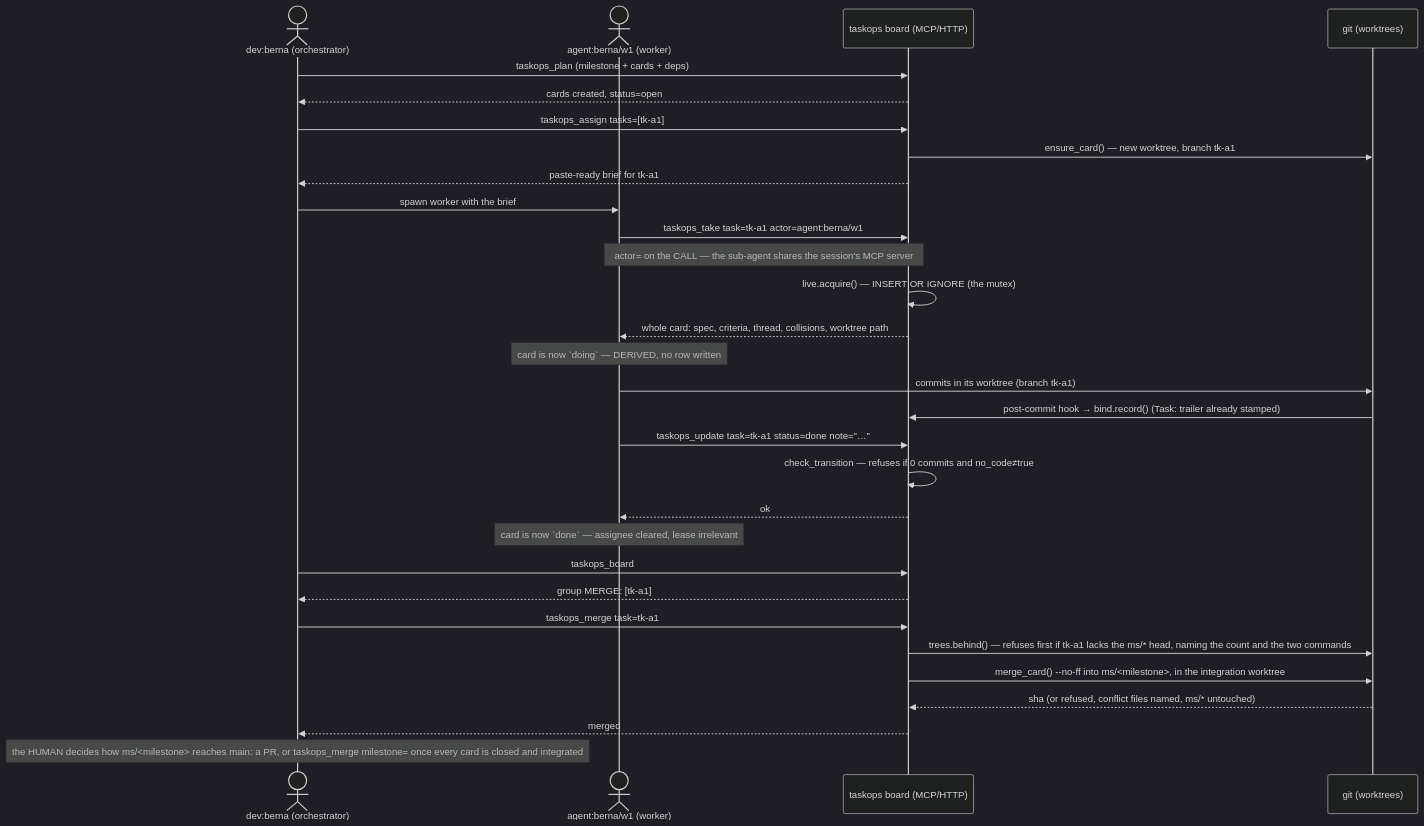
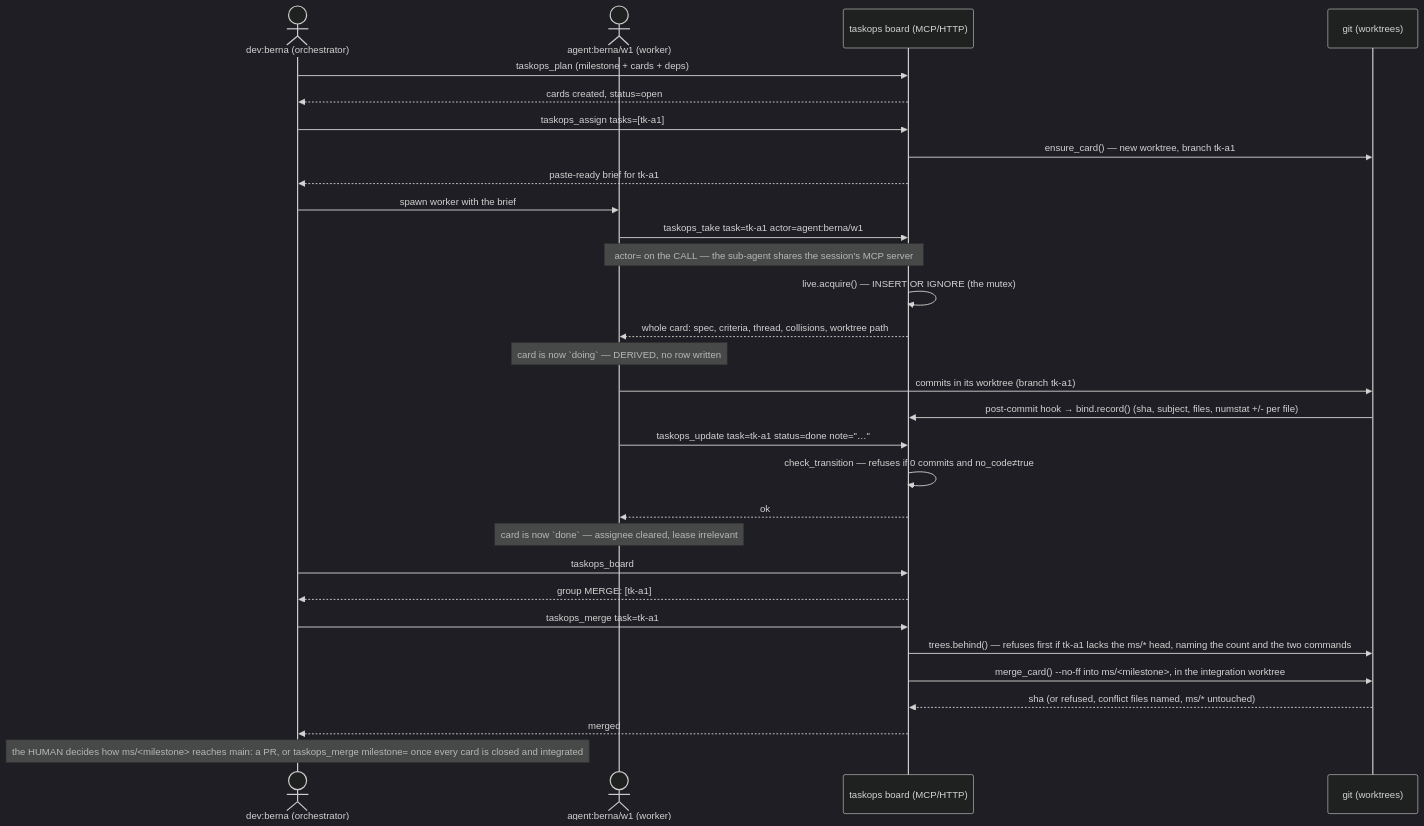
The seventh of 8 diagrams in ARCHITECTURE.md (bernatch22/taskops), drawn with Mermaid (dark theme) before and after one commit. The commit also changed 7 other files, not shown here.

````diff
--- a/ARCHITECTURE.md
+++ b/ARCHITECTURE.md
@@ -384,39 +384,39 @@
 ```mermaid
 sequenceDiagram
     actor Dev as dev:berna (orchestrator)
     actor W1 as agent:berna/w1 (worker)
     participant Board as taskops board (MCP/HTTP)
     participant Git as git (worktrees)
 
     Dev->>Board: taskops_plan (milestone + cards + deps)
     Board-->>Dev: cards created, status=open
 
     Dev->>Board: taskops_assign tasks=[tk-a1]
     Board->>Git: ensure_card() — new worktree, branch tk-a1
     Board-->>Dev: paste-ready brief for tk-a1
     Dev->>W1: spawn worker with the brief
 
     W1->>Board: taskops_take task=tk-a1 actor=agent:berna/w1
     Note over W1,Board: actor= on the CALL — the sub-agent shares the session's MCP server
     Board->>Board: live.acquire() — INSERT OR IGNORE (the mutex)
     Board-->>W1: whole card: spec, criteria, thread, collisions, worktree path
     Note over W1: card is now `doing` — DERIVED, no row written
 
     W1->>Git: commits in its worktree (branch tk-a1)
-    Git->>Board: post-commit hook → bind.record() (Task: trailer already stamped)
+    Git->>Board: post-commit hook → bind.record() (sha, subject, files, numstat +/- per file)
 
     W1->>Board: taskops_update task=tk-a1 status=done note="…"
     Board->>Board: check_transition — refuses if 0 commits and no_code≠true
     Board-->>W1: ok
     Note over W1: card is now `done` — assignee cleared, lease irrelevant
 
     Dev->>Board: taskops_board
     Board-->>Dev: group MERGE: [tk-a1]
     Dev->>Board: taskops_merge task=tk-a1
     Board->>Git: trees.behind() — refuses first if tk-a1 lacks the ms/* head, naming the count and the two commands
     Board->>Git: merge_card() --no-ff into ms/<milestone>, in the integration worktree
     Git-->>Board: sha (or refused, conflict files named, ms/* untouched)
     Board-->>Dev: merged
 
     Note over Dev: the HUMAN decides how ms/<milestone> reaches main: a PR, or taskops_merge milestone= once every card is closed and integrated
 ```
````
